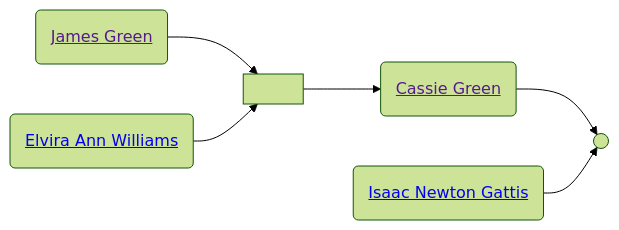
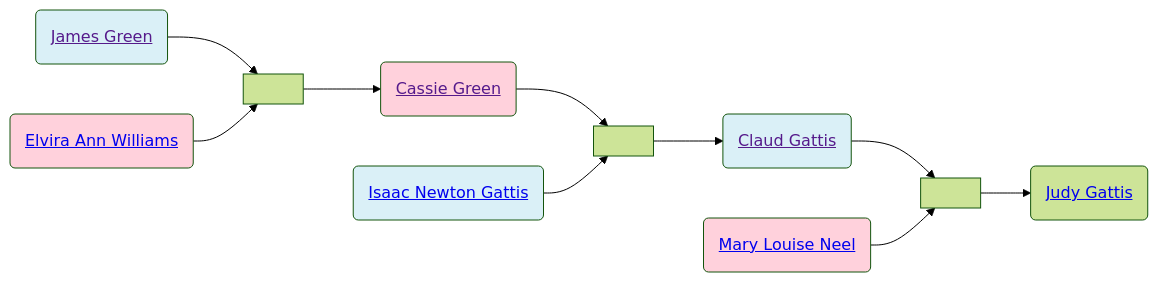
Before and after one commit to neelsmith/avocational: the second of 2 diagrams in familyhistory/sources/people/Gattis-line/Green-line/James_Green.qmd, drawn with Mermaid (forest theme). The commit also changed other lines of this file and 91 other files, not shown here.

Commit message:
Rebuild descendant diagrams

````diff
--- a/familyhistory/sources/people/Gattis-line/Green-line/James_Green.qmd
+++ b/familyhistory/sources/people/Gattis-line/Green-line/James_Green.qmd
@@ -39,14 +40,26 @@
 ```{mermaid}
 graph LR
+%% LR descendant diagram
 class James_Green_and_Elvira_Ann_Williams marriage
 James_Green(<a href=''>James Green</>) --> James_Green_and_Elvira_Ann_Williams[ ]
 Elvira_Ann_Williams(<a href='./Williams-line/Elvira_Ann_Williams.html'>Elvira Ann Williams</>) --> James_Green_and_Elvira_Ann_Williams(( ))
+class James_Green father
+class Elvira_Ann_Williams mother
 James_Green_and_Elvira_Ann_Williams[ ] --> Cassie_Green(<a href='./Cassie_Green.html'>Cassie Green</>)
 class Cassie_Green_and_Isaac_Newton_Gattis marriage
 Cassie_Green(<a href=''>Cassie Green</>) --> Cassie_Green_and_Isaac_Newton_Gattis[ ]
 Isaac_Newton_Gattis(<a href='./../Isaac_Newton_Gattis.html'>Isaac Newton Gattis</>) --> Cassie_Green_and_Isaac_Newton_Gattis(( ))
+class Isaac_Newton_Gattis father
+class Cassie_Green mother
+Cassie_Green_and_Isaac_Newton_Gattis[ ] --> Claud_Gattis(<a href='./../Claud_Gattis.html'>Claud Gattis</>)
+class Claud_Gattis_and_Mary_Louise_Neel marriage
+Claud_Gattis(<a href=''>Claud Gattis</>) --> Claud_Gattis_and_Mary_Louise_Neel[ ]
+Mary_Louise_Neel(<a href='./../Neel-line/Mary_Louise_Neel.html'>Mary Louise Neel</>) --> Claud_Gattis_and_Mary_Louise_Neel(( ))
+class Claud_Gattis father
+class Mary_Louise_Neel mother
+Claud_Gattis_and_Mary_Louise_Neel[ ] --> Judy_Gattis(<a href='./Judy_Gattis.html'>Judy Gattis</>)
 classDef mother fill:#ffd1dc
 classDef father fill:#daf0f7  
 classDef marriage fill:#ffffff
 
 ```
````
